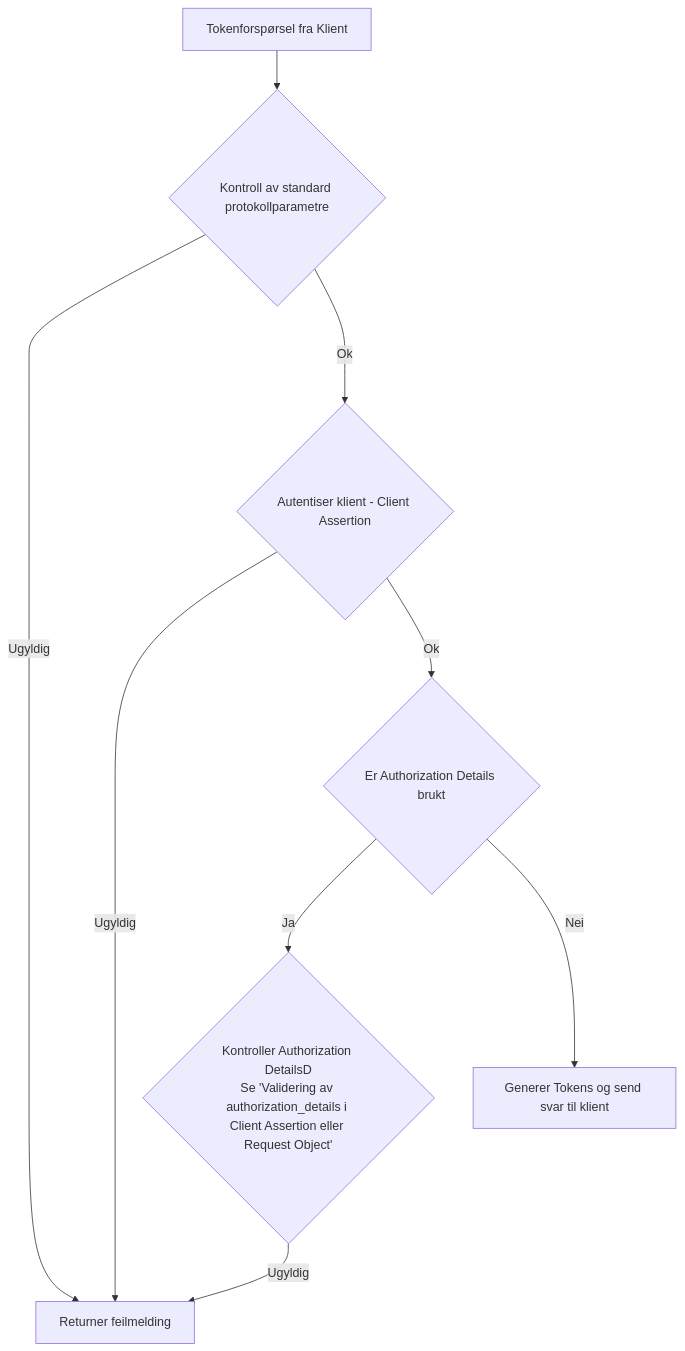
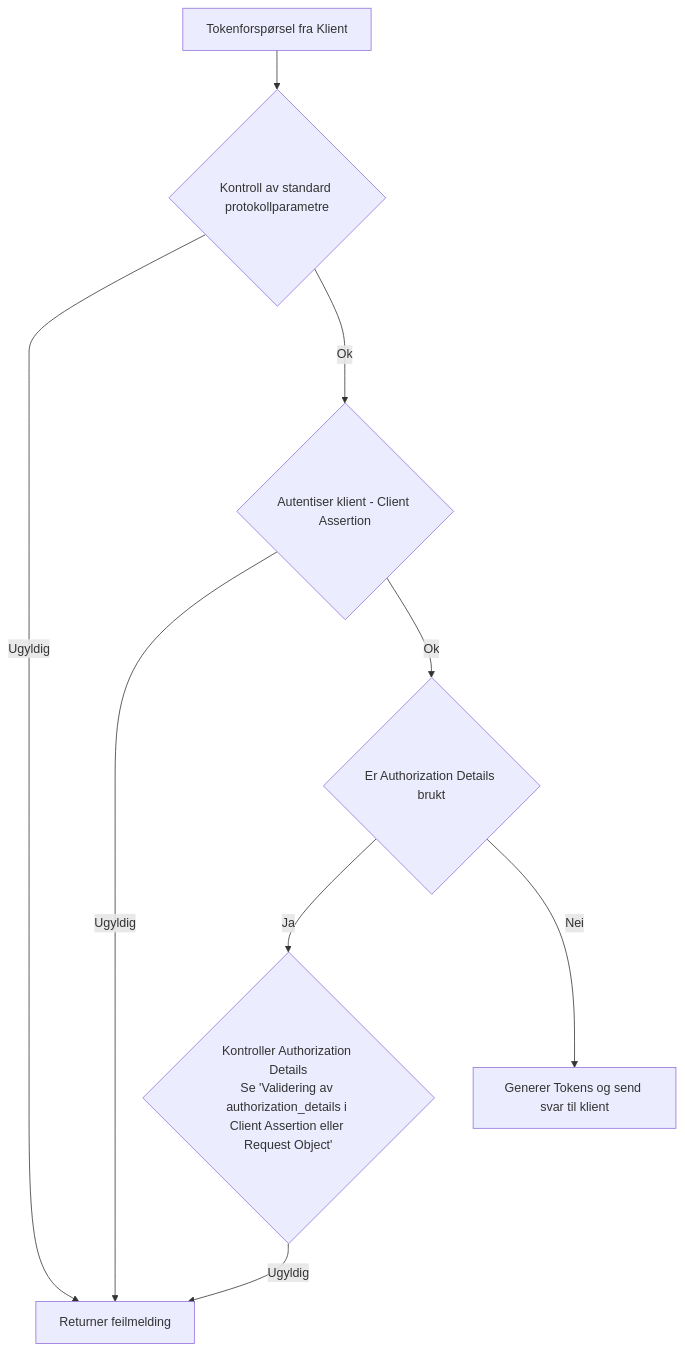
One commit to NorskHelsenett/Tillitsrammeverk changed the fourth of 4 diagrams in specs/bruk_av_oidc.md. Above: the diagram before and after it, drawn with Mermaid. The commit also changed other lines of this file, not shown here.

````diff
--- a/specs/bruk_av_oidc.md
+++ b/specs/bruk_av_oidc.md
@@ -321,16 +322,16 @@
 ```mermaid
 flowchart 
   Error[Returner feilmelding]
   Param{Kontroll av standard protokollparametre}
   AD{Er Authorization Details brukt}
   Tokens[Generer Tokens og send svar til klient]
   S[Tokenforspørsel fra Klient] --> Param
   Param-- Ugyldig --> Error 
   Param-- Ok --->CA{Autentiser klient - Client Assertion}
   CA-- Ugyldig -->Error
   CA-- Ok --> AD
-  AD-- Ja -->V_AD{Kontroller Authorization DetailsD\nSe 'Validering av authorization_details i Client Assertion eller Request Object'}
+  AD-- Ja -->V_AD{Kontroller Authorization Details\nSe 'Validering av authorization_details i Client Assertion eller Request Object'}
   AD-- Nei --> Tokens 
   V_AD-- Ugyldig --> Error
 
 ```
````
